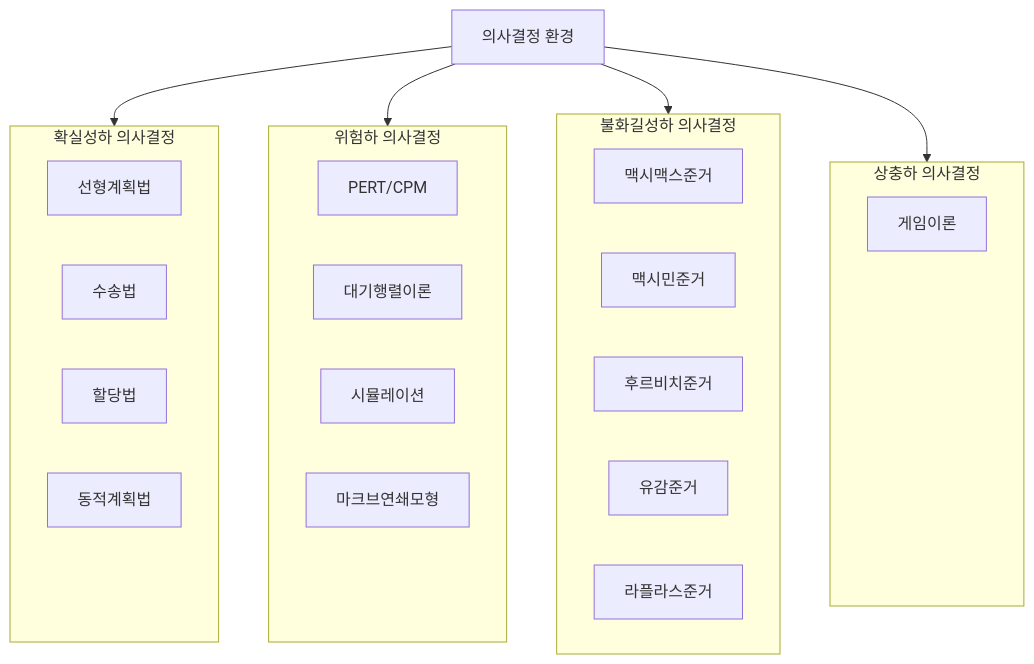
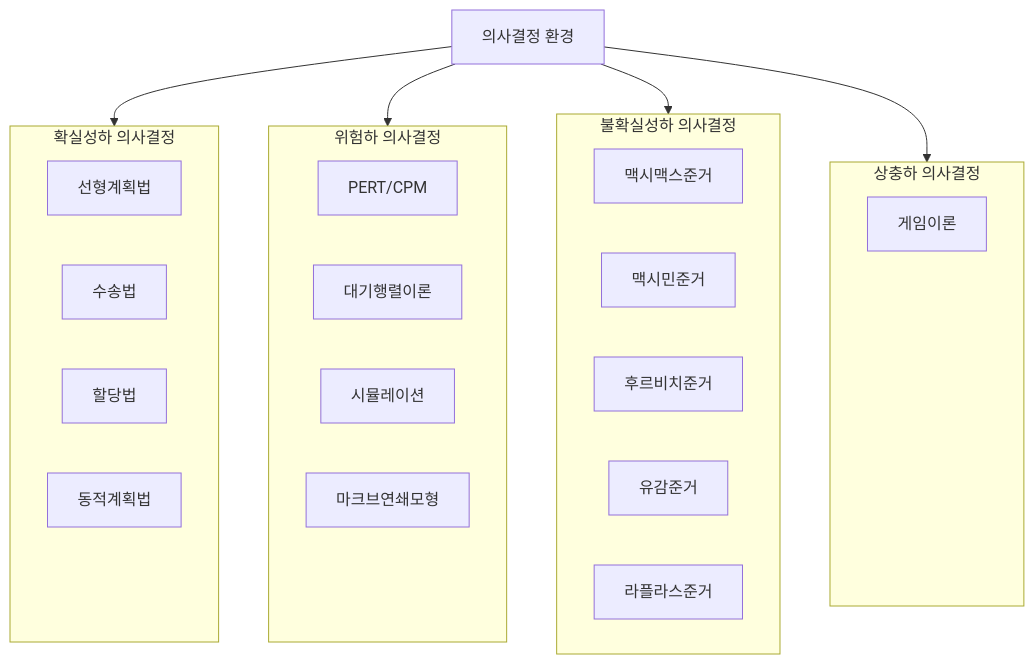
One commit to yeonkyupark/pepc2e changed the eighth of 13 diagrams in 1002경영과학.qmd. Above: the diagram before and after it, drawn with Mermaid. The commit also changed other lines of this file, not shown here.

````diff
--- a/1002경영과학.qmd
+++ b/1002경영과학.qmd
@@ -307,49 +305,49 @@
 ```{mermaid}
 flowchart TD
 
-00[의사결정 환경]
+    00[의사결정 환경]
 
-subgraph s10[확실성하 의사결정]
-direction LR
-선형계획법
-수송법
-할당법
-동적계획법
-s11[　] 
-style s11 fill:transparent,stroke:none
-end 
+    subgraph s10[확실성하 의사결정]
+    direction LR
+        선형계획법
+        수송법
+        할당법
+        동적계획법
+        s11[　] 
+        style s11 fill:transparent,stroke:none
+    end 
 
-subgraph s20[위험하 의사결정]
-direction LR
-s29[PERT/CPM]
-대기행렬이론
-시뮬레이션
-마크브연쇄모형
-s21[　] 
-style s21 fill:transparent,stroke:none
-end
+    subgraph s20[위험하 의사결정]
+    direction LR
+        s29[PERT/CPM]
+        대기행렬이론
+        시뮬레이션
+        마크브연쇄모형
+        s21[　] 
+        style s21 fill:transparent,stroke:none
+    end
 
-subgraph s30[불화길성하 의사결정]
-direction LR
-맥시맥스준거
-맥시민준거
-후르비치준거
-유감준거
-라플라스준거
-end
+    subgraph s30[불확실성하 의사결정]
+    direction LR
+        맥시맥스준거
+        맥시민준거
+        후르비치준거
+        유감준거
+        라플라스준거
+    end
 
-subgraph s40[상충하 의사결정]
-direction LR
-게임이론
-s41["　"] 
-s42["　"] 
-s43["　"] 
-s44["　"] 
-style s41 fill:transparent,stroke:none
-style s42 fill:transparent,stroke:none
-style s43 fill:transparent,stroke:none
-style s44 fill:transparent,stroke:none
-end
+    subgraph s40[상충하 의사결정]
+    direction LR
+        게임이론
+        s41["　"] 
+        s42["　"] 
+        s43["　"] 
+        s44["　"] 
+        style s41 fill:transparent,stroke:none
+        style s42 fill:transparent,stroke:none
+        style s43 fill:transparent,stroke:none
+        style s44 fill:transparent,stroke:none
+    end
 
-00 --> s10 & s20 & s30 & s40
+    00 --> s10 & s20 & s30 & s40
 ```
````
